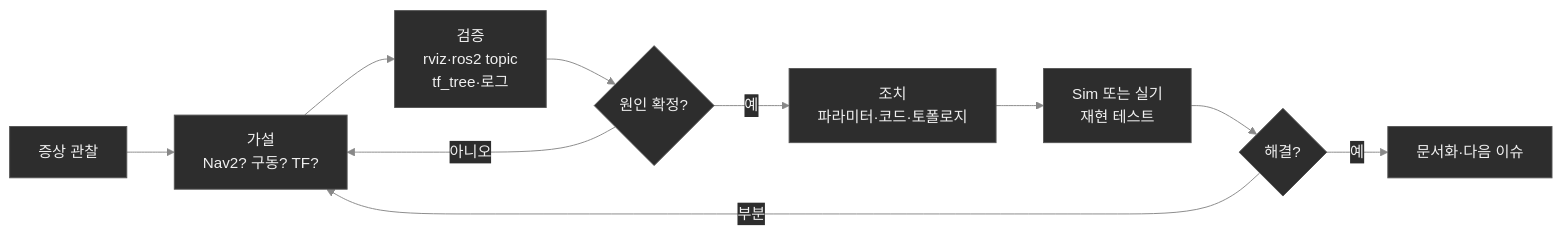
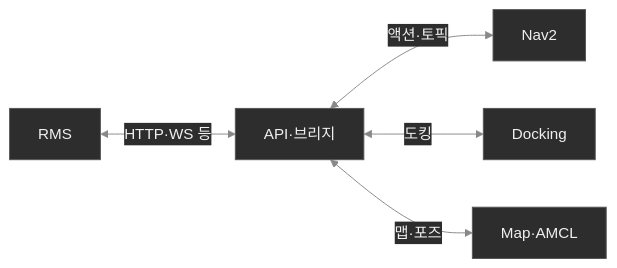
The ninth of 10 diagrams in 05_AMR_RDS.md (DDUGGOGI/DDUGGOGI), drawn with Mermaid before and after one commit. The commit also changed other lines of this file and 1 other file, not shown here.

First line of the commit message:
docs(05): AMR RDS summary - Sim digital engineering, work structure, ecosystem goal

````diff
--- a/05_AMR_RDS.md
+++ b/05_AMR_RDS.md
@@ -182,13 +326,8 @@
 ```mermaid
 %%{init: {'theme':'base', 'themeVariables': { 'primaryColor':'#2d2d2d', 'primaryTextColor':'#f0f0f0', 'primaryBorderColor':'#555', 'lineColor':'#888' }}}%%
 flowchart LR
-    S[증상 관찰] --> H[가설\nNav2? 구동? TF?]
-    H --> V["검증\nrviz·ros2 topic\ntf_tree·로그"]
-    V --> F{원인 확정?}
-    F -->|아니오| H
-    F -->|예| A[조치\n파라미터·코드·토폴로지]
-    A --> C[Sim 또는 실기\n재현 테스트]
-    C --> D{해결?}
-    D -->|부분| H
-    D -->|예| OK[문서화·다음 이슈]
+    RMS[RMS] <-->|HTTP·WS 등| API[API·브리지]
+    API <-->|액션·토픽| N2[Nav2]
+    API <-->|도킹| DK[Docking]
+    API <-->|맵·포즈| ML[Map·AMCL]
 ```
````
